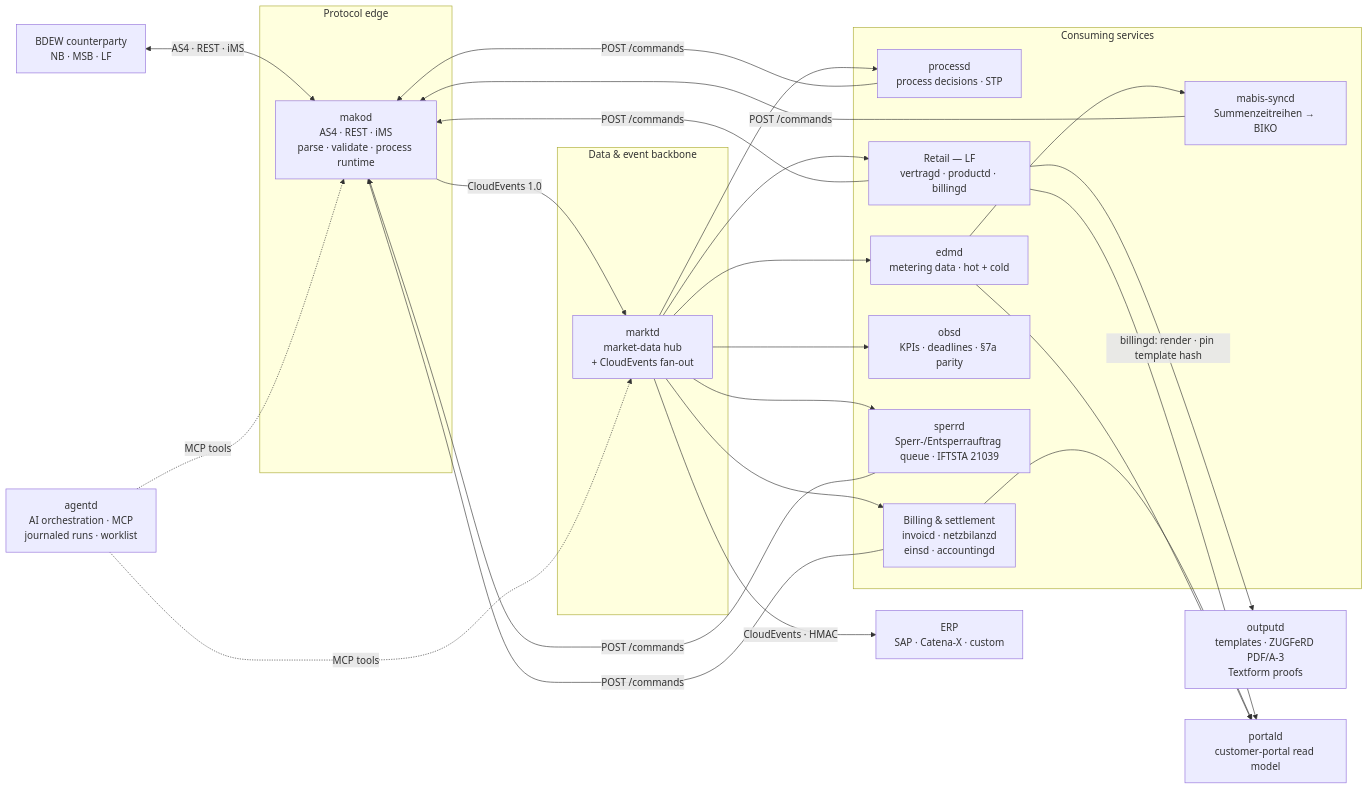
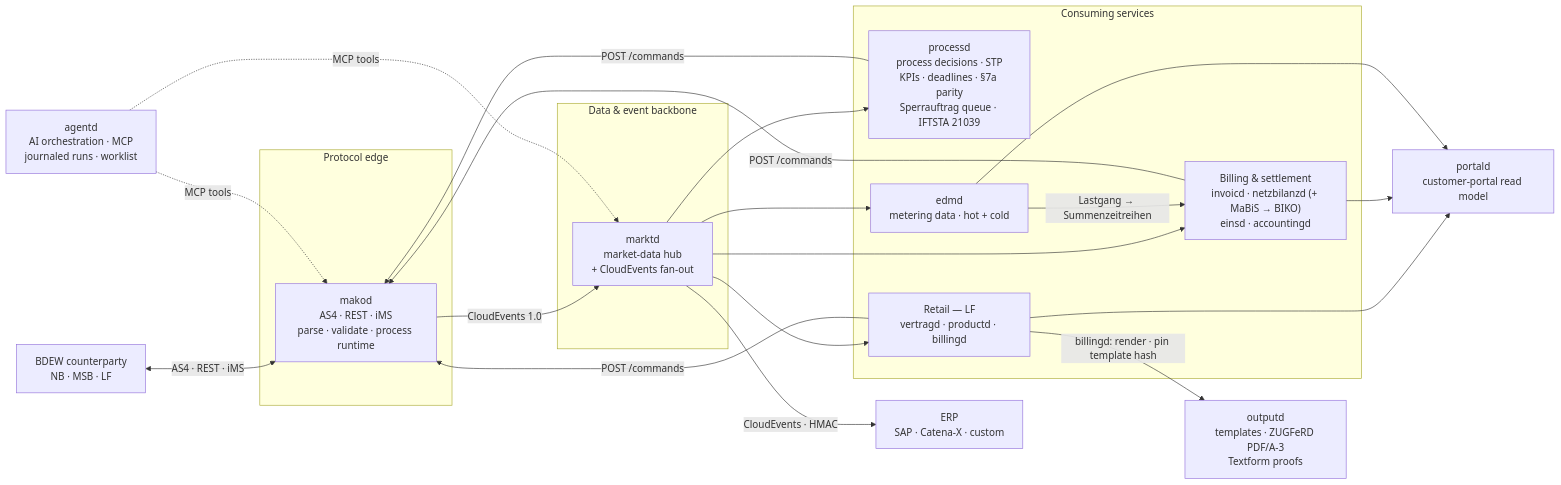
One commit to hupe1980/mako changed the first of 5 diagrams in site/content/docs/architecture/_index.md. Above: the diagram before and after it, drawn with Mermaid. The commit also changed other lines of this file and 551 other files, not shown here.

````diff
--- a/site/content/docs/architecture/_index.md
+++ b/site/content/docs/architecture/_index.md
@@ -76,39 +76,35 @@
 ```mermaid
 graph LR
     EXT["BDEW counterparty<br/>NB · MSB · LF"]
     ERP["ERP<br/>SAP · Catena-X · custom"]
 
     subgraph edge ["Protocol edge"]
         MAKOD["makod<br/>AS4 · REST · iMS<br/>parse · validate · process runtime"]
     end
 
     subgraph backbone ["Data &amp; event backbone"]
         MARKTD["marktd<br/>market-data hub<br/>+ CloudEvents fan-out"]
     end
 
     subgraph consumers ["Consuming services"]
-        PROC["processd<br/>process decisions · STP"]
-        SETTLE["Billing &amp; settlement<br/>invoicd · netzbilanzd<br/>einsd · accountingd"]
+        PROC["processd<br/>process decisions · STP<br/>KPIs · deadlines · §7a parity<br/>Sperrauftrag queue · IFTSTA 21039"]
+        SETTLE["Billing &amp; settlement<br/>invoicd · netzbilanzd (+ MaBiS → BIKO)<br/>einsd · accountingd"]
         RETAIL["Retail — LF<br/>vertragd · productd · billingd"]
         EDMD["edmd<br/>metering data · hot + cold"]
-        OBSD["obsd<br/>KPIs · deadlines · §7a parity"]
-        SPERRD["sperrd<br/>Sperr-/Entsperrauftrag queue · IFTSTA 21039"]
-        MABIS["mabis-syncd<br/>Summenzeitreihen → BIKO"]
     end
 
     OUTPUTD["outputd<br/>templates · ZUGFeRD PDF/A-3<br/>Textform proofs"]
     PORTALD["portald<br/>customer-portal read model"]
     AGENTD["agentd<br/>AI orchestration · MCP<br/>journaled runs · worklist"]
 
     EXT <-->|"AS4 · REST · iMS"| MAKOD
     MAKOD -->|"CloudEvents 1.0"| MARKTD
-    MARKTD --> PROC & SETTLE & EDMD & OBSD & RETAIL & SPERRD
+    MARKTD --> PROC & SETTLE & EDMD & RETAIL
     MARKTD -->|"CloudEvents · HMAC"| ERP
-    EDMD --> MABIS
-    MABIS -->|"POST /commands"| MAKOD
-    PROC & SETTLE & RETAIL & SPERRD -->|"POST /commands"| MAKOD
+    EDMD -->|"Lastgang → Summenzeitreihen"| SETTLE
+    PROC & SETTLE & RETAIL -->|"POST /commands"| MAKOD
     RETAIL -->|"billingd: render · pin template hash"| OUTPUTD
     RETAIL & SETTLE & EDMD --> PORTALD
     AGENTD -.->|"MCP tools"| MAKOD
     AGENTD -.->|"MCP tools"| MARKTD
 ```
````
